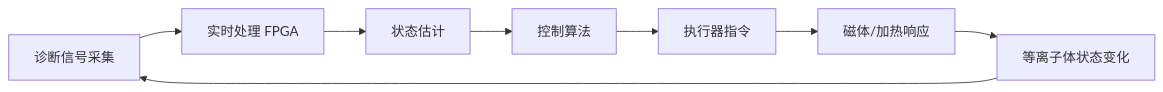
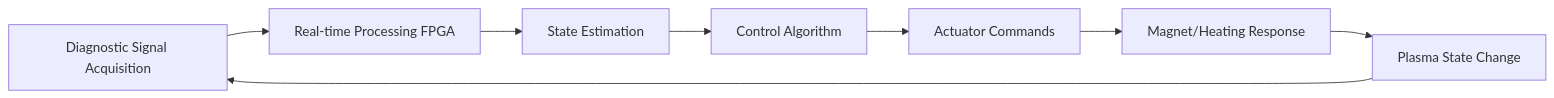
The second of 3 diagrams in tree/application/architecture/fusion-energy-monitoring.md (teaglebuilt/knowledge-tree), drawn with Mermaid before and after one commit. The commit also changed other lines of this file and 8 other files, not shown here.

````diff
--- a/tree/application/architecture/fusion-energy-monitoring.md
+++ b/tree/application/architecture/fusion-energy-monitoring.md
@@ -215,10 +217,10 @@
 ```mermaid
 flowchart LR
-    A[诊断信号采集] --> B[实时处理 FPGA]
-    B --> C[状态估计]
-    C --> D[控制算法]
-    D --> E[执行器指令]
-    E --> F[磁体/加热响应]
-    F --> G[等离子体状态变化]
+    A[Diagnostic Signal Acquisition] --> B[Real-time Processing FPGA]
+    B --> C[State Estimation]
+    C --> D[Control Algorithm]
+    D --> E[Actuator Commands]
+    E --> F[Magnet/Heating Response]
+    F --> G[Plasma State Change]
     G --> A
 ```
````
